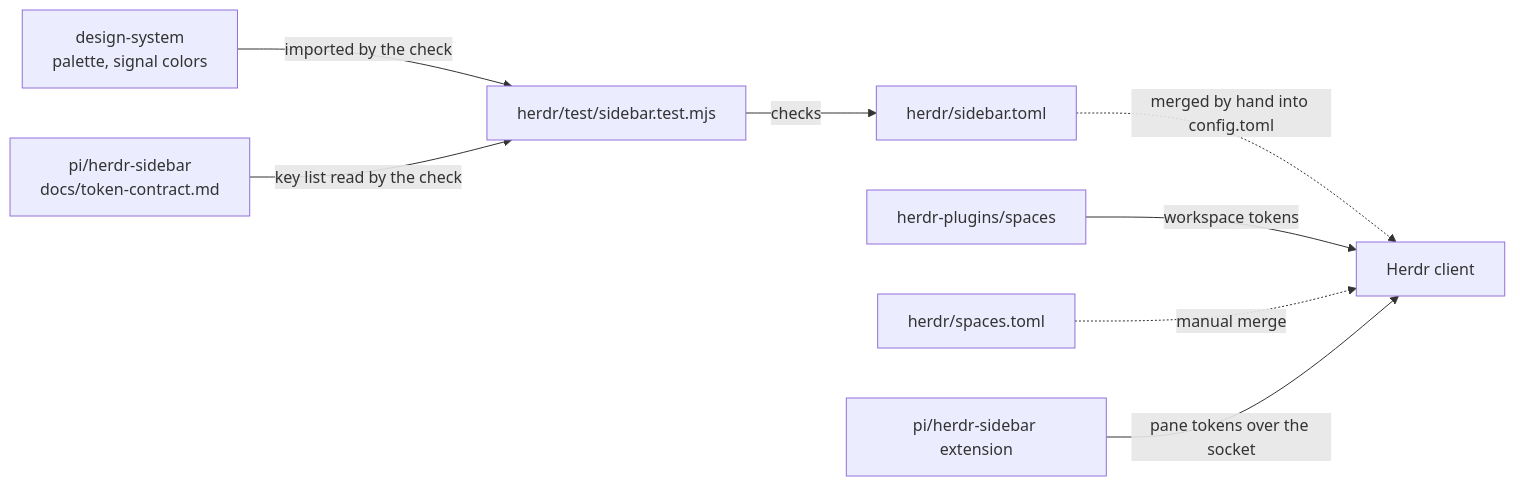
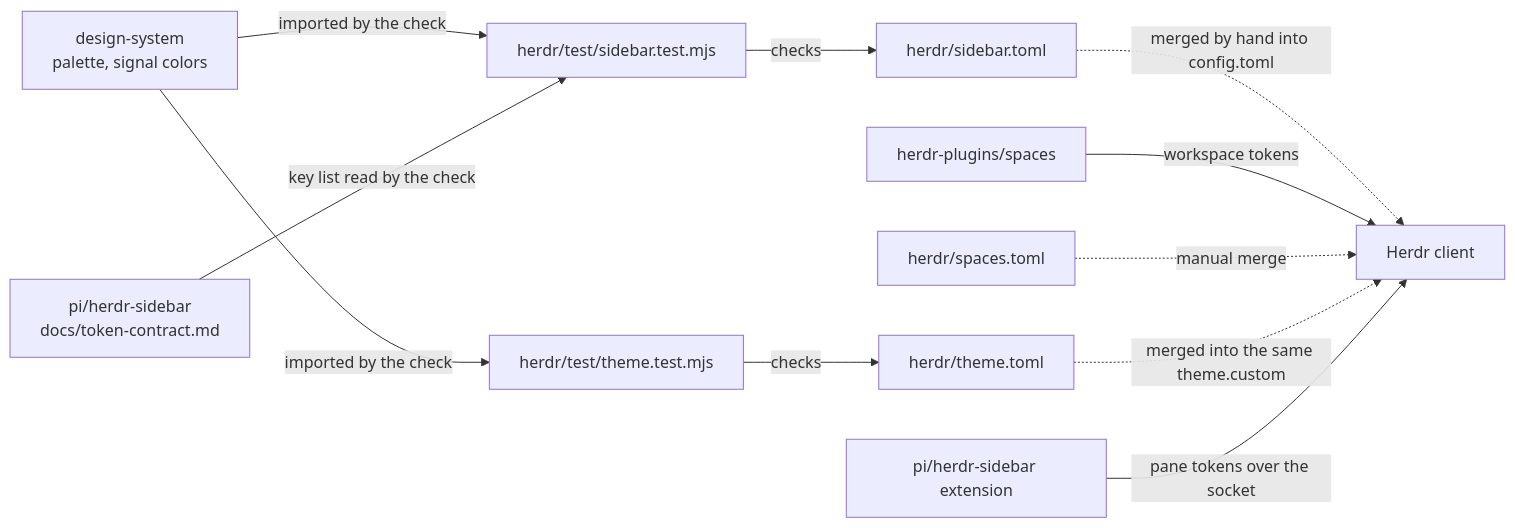
One commit to jigenator/industrial-os changed the diagram in herdr/docs/architecture.md. Above: the diagram before and after it, drawn with Mermaid. The commit also changed other lines of this file and 12 other files, not shown here.

First line of the commit message:
feat(herdr): add the Acid & Orange chrome theme

````diff
--- a/herdr/docs/architecture.md
+++ b/herdr/docs/architecture.md
@@ -16,10 +18,13 @@
 ```mermaid
 flowchart LR
     DS["design-system<br/>palette, signal colors"] -->|imported by the check| Test["herdr/test/sidebar.test.mjs"]
     Contract["pi/herdr-sidebar<br/>docs/token-contract.md"] -->|key list read by the check| Test
     Test -->|checks| Fragment["herdr/sidebar.toml"]
     Fragment -.->|merged by hand into config.toml| Herdr["Herdr client"]
     Spaces["herdr-plugins/spaces"] -->|workspace tokens| Herdr
     SpacesFragment["herdr/spaces.toml"] -.->|manual merge| Herdr
+    DS -->|imported by the check| ThemeTest["herdr/test/theme.test.mjs"]
+    ThemeTest -->|checks| ThemeFragment["herdr/theme.toml"]
+    ThemeFragment -.->|merged into the same theme.custom| Herdr
     Ext["pi/herdr-sidebar extension"] -->|pane tokens over the socket| Herdr
 ```
````
